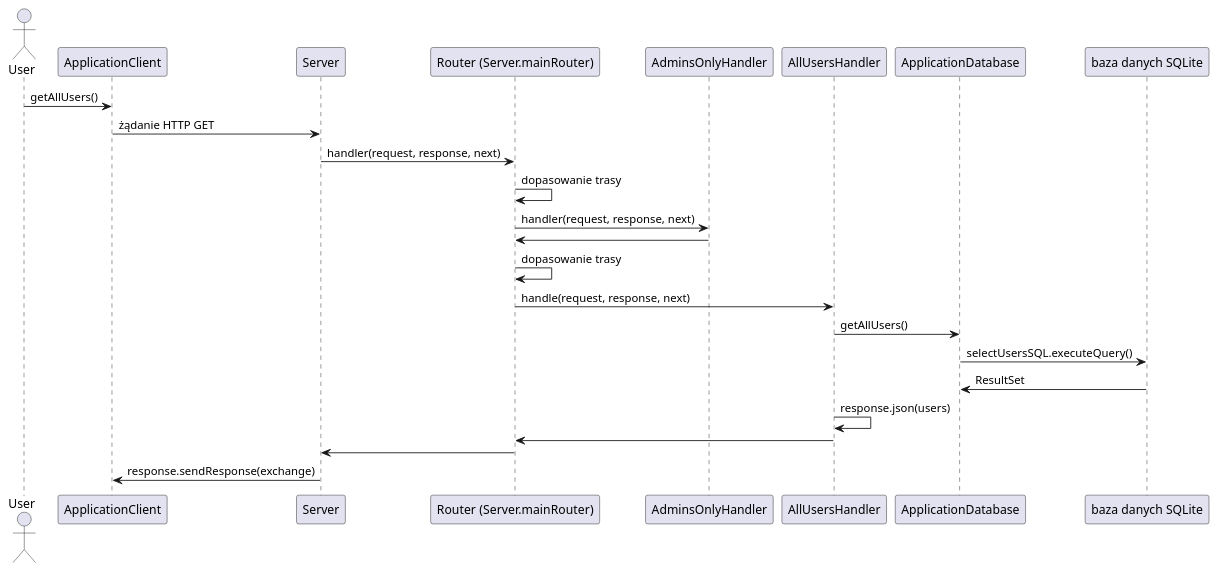
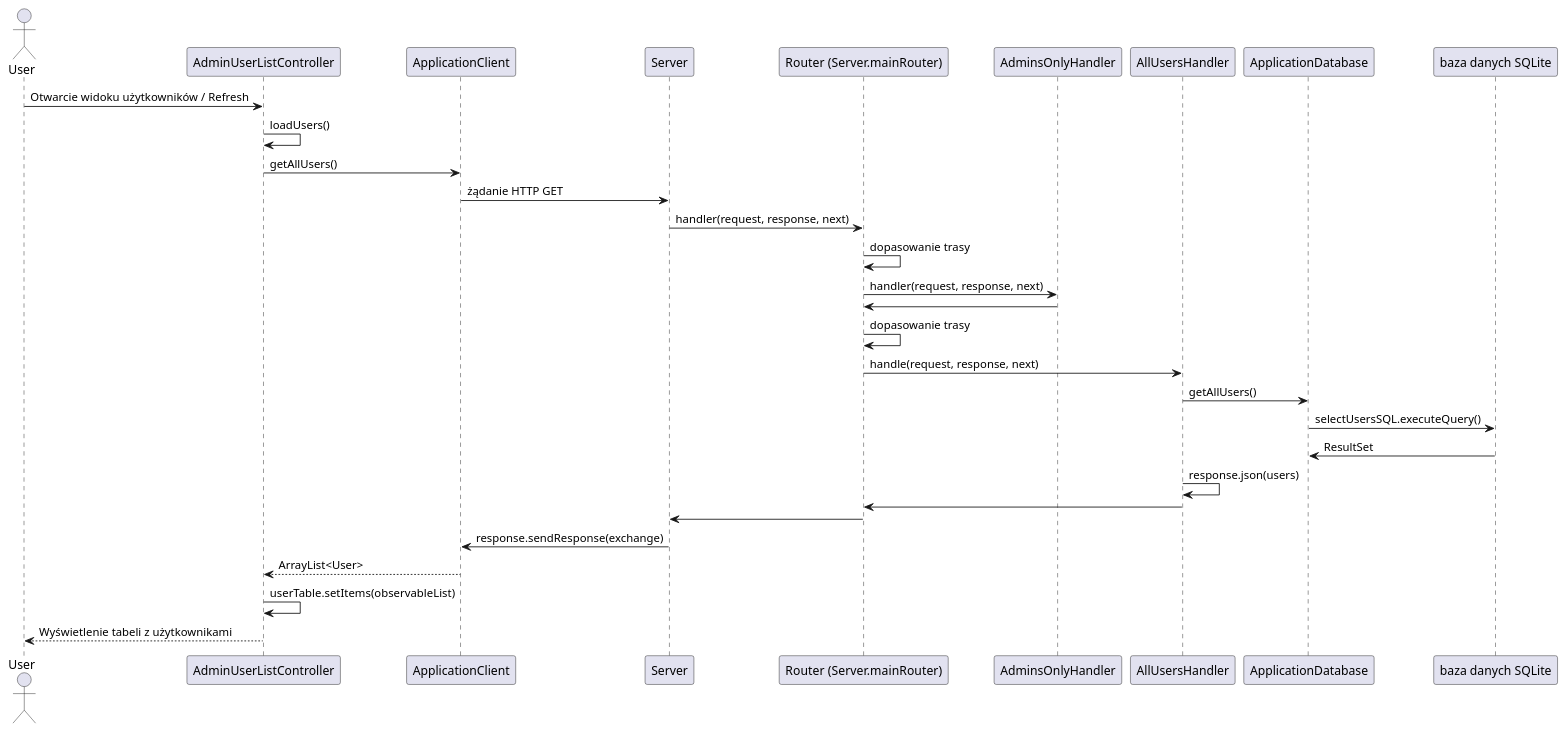
Before and after one commit to Mac14101/po2025: the fourth of 5 diagrams in readme.md, drawn with PlantUML. The commit also changed other lines of this file, not shown here.

Commit message:
uzupelnienie diagramow o GUI

````diff
--- a/readme.md
+++ b/readme.md
@@ -125,27 +140,34 @@
 ```plantuml
 @startuml
 actor User
+participant "AdminUserListController" as GUI
 participant ApplicationClient
 participant Server
 participant Router as "Router (Server.mainRouter)"
 participant AdminsOnlyHandler
 participant AllUsersHandler
 participant ApplicationDatabase
 participant Database as "baza danych SQLite"
-User -> ApplicationClient : getAllUsers()
+
+User -> GUI : Otwarcie widoku użytkowników / Refresh
+GUI -> GUI : loadUsers()
+GUI -> ApplicationClient : getAllUsers()
 ApplicationClient -> Server : żądanie HTTP GET
 Server -> Router : handler(request, response, next)
 Router -> Router : dopasowanie trasy
 Router -> AdminsOnlyHandler : handler(request, response, next)
 AdminsOnlyHandler -> Router
 Router -> Router : dopasowanie trasy
 Router -> AllUsersHandler : handle(request, response, next)
 AllUsersHandler -> ApplicationDatabase : getAllUsers()
 ApplicationDatabase -> Database : selectUsersSQL.executeQuery()
 Database -> ApplicationDatabase : ResultSet
 AllUsersHandler -> AllUsersHandler : response.json(users)
 AllUsersHandler -> Router
 Router -> Server
 Server -> ApplicationClient : response.sendResponse(exchange)
+ApplicationClient --> GUI : ArrayList<User>
+GUI -> GUI : userTable.setItems(observableList)
+GUI --> User : Wyświetlenie tabeli z użytkownikami
 @enduml
 ```
````
